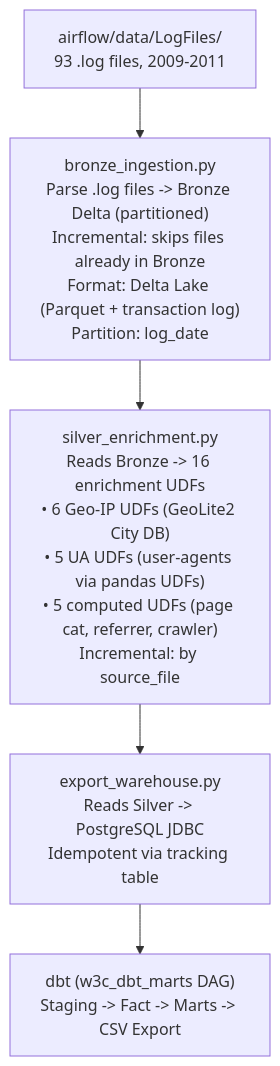
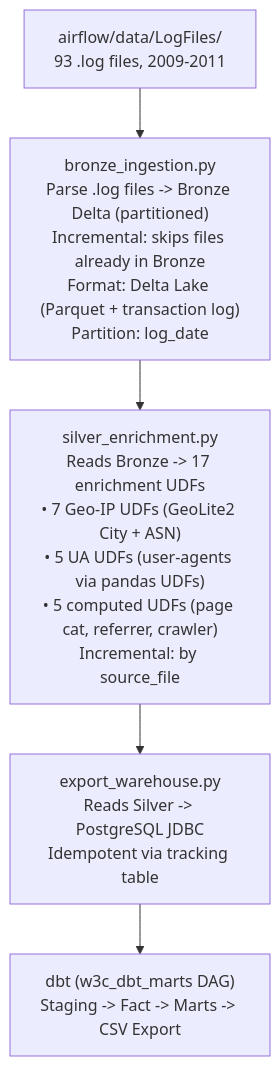
The seventh of 14 diagrams in README.md (AhmedIkram05/w3c-etl-pipeline), drawn with Mermaid before and after one commit. The commit also changed other lines of this file, not shown here.

````diff
--- a/README.md
+++ b/README.md
@@ -508,14 +471,14 @@
 ```mermaid
 flowchart TB
     source["airflow/data/LogFiles/<br/>93 .log files, 2009-2011"]
 
     bronze["bronze_ingestion.py<br/>Parse .log files -> Bronze Delta (partitioned)<br/>Incremental: skips files already in Bronze<br/>Format: Delta Lake (Parquet + transaction log)<br/>Partition: log_date"]
 
-    silver["silver_enrichment.py<br/>Reads Bronze -> 16 enrichment UDFs<br/>• 6 Geo-IP UDFs (GeoLite2 City DB)<br/>• 5 UA UDFs (user-agents via pandas UDFs)<br/>• 5 computed UDFs (page cat, referrer, crawler)<br/>Incremental: by source_file"]
+    silver["silver_enrichment.py<br/>Reads Bronze -> 17 enrichment UDFs<br/>• 7 Geo-IP UDFs (GeoLite2 City + ASN)<br/>• 5 UA UDFs (user-agents via pandas UDFs)<br/>• 5 computed UDFs (page cat, referrer, crawler)<br/>Incremental: by source_file"]
 
     export["export_warehouse.py<br/>Reads Silver -> PostgreSQL JDBC<br/>Idempotent via tracking table"]
 
     dbt_layer["dbt (w3c_dbt_marts DAG)<br/>Staging -> Fact -> Marts -> CSV Export"]
 
     source --> bronze --> silver --> export --> dbt_layer
 ```
````
